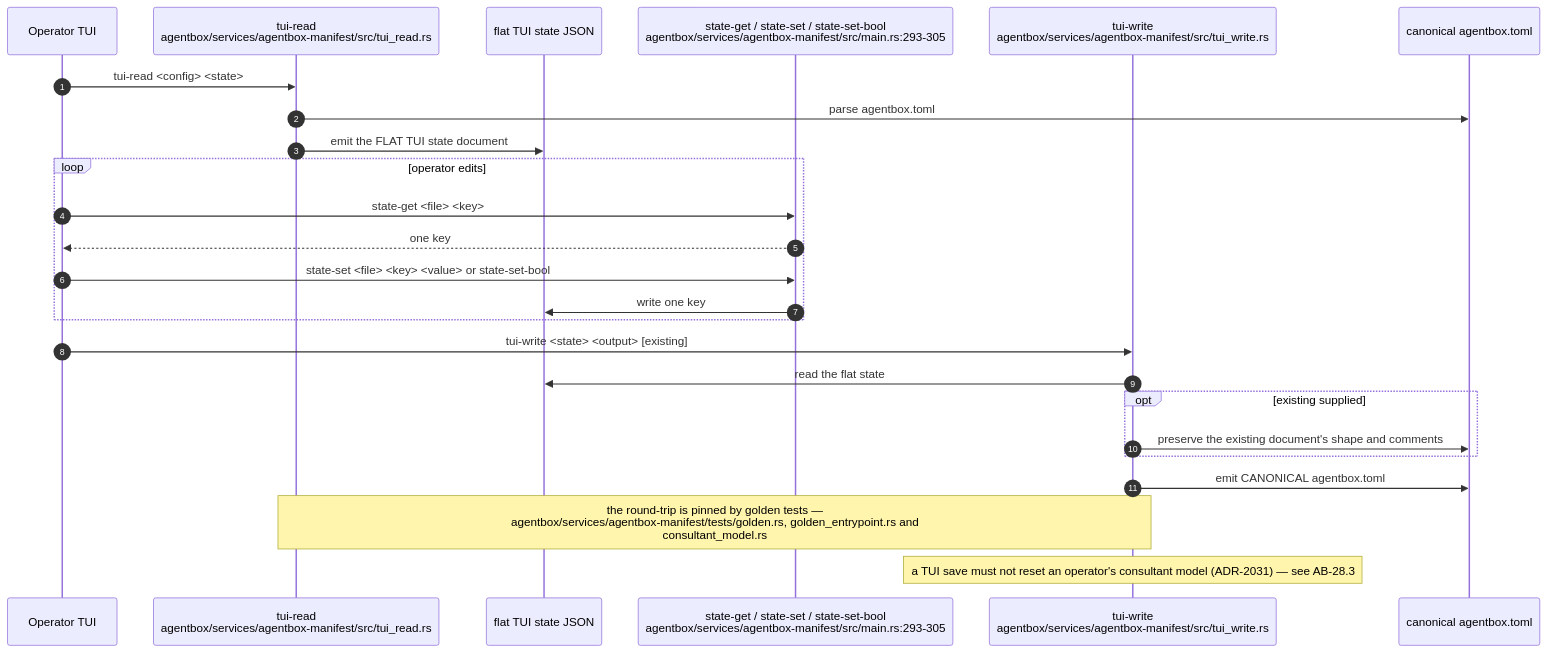
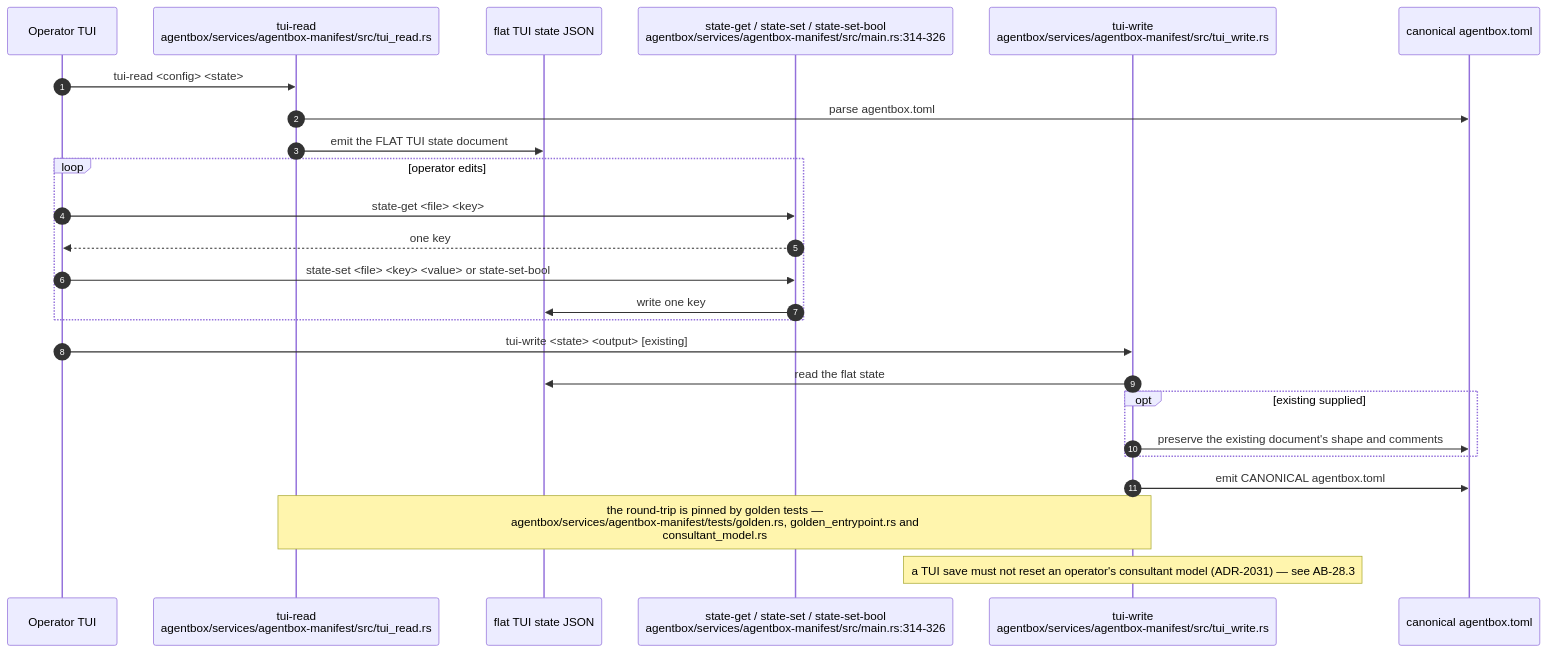
One commit to DreamLab-AI/VisionFlow changed the fourth of 10 diagrams in docs/diagrams/agentbox/28-agentbox-services-and-manifest-binary.md. Above: the diagram before and after it, drawn with Mermaid. The commit also changed other lines of this file and 36 other files, not shown here.

First line of the commit message:
docs(diagrams): re-derive and re-stamp agentbox, dream-engine, visioncraft, visiontouch and vowl topics; drop LAN addresses

````diff
--- a/docs/diagrams/agentbox/28-agentbox-services-and-manifest-binary.md
+++ b/docs/diagrams/agentbox/28-agentbox-services-and-manifest-binary.md
@@ -218,28 +220,28 @@
 ```mermaid
 sequenceDiagram
     autonumber
     participant OP as Operator TUI
     participant RD as tui-read<br/>agentbox/services/agentbox-manifest/src/tui_read.rs
     participant STATE as flat TUI state JSON
-    participant GET as state-get / state-set / state-set-bool<br/>agentbox/services/agentbox-manifest/src/main.rs:293-305
+    participant GET as state-get / state-set / state-set-bool<br/>agentbox/services/agentbox-manifest/src/main.rs:314-326
     participant WR as tui-write<br/>agentbox/services/agentbox-manifest/src/tui_write.rs
     participant TOML as canonical agentbox.toml
 
     OP->>RD: tui-read <config> <state>
     RD->>TOML: parse agentbox.toml
     RD->>STATE: emit the FLAT TUI state document
     loop operator edits
         OP->>GET: state-get <file> <key>
         GET-->>OP: one key
         OP->>GET: state-set <file> <key> <value> or state-set-bool
         GET->>STATE: write one key
     end
     OP->>WR: tui-write <state> <output> [existing]
     WR->>STATE: read the flat state
     opt existing supplied
         WR->>TOML: preserve the existing document's shape and comments
     end
     WR->>TOML: emit CANONICAL agentbox.toml
     Note over RD,WR: the round-trip is pinned by golden tests —<br/>agentbox/services/agentbox-manifest/tests/golden.rs, golden_entrypoint.rs and<br/>consultant_model.rs
     Note over WR: a TUI save must not reset an operator's consultant model (ADR-2031) — see AB-28.3
 ```
````
